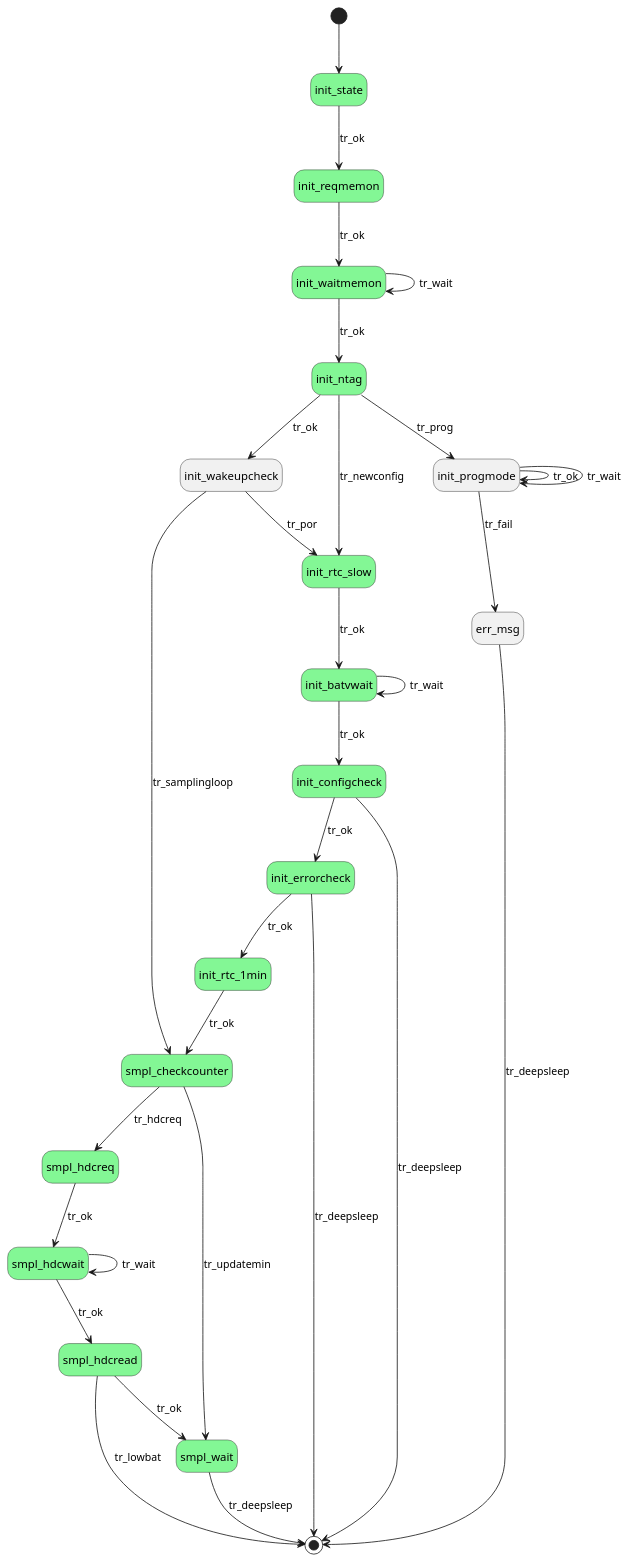
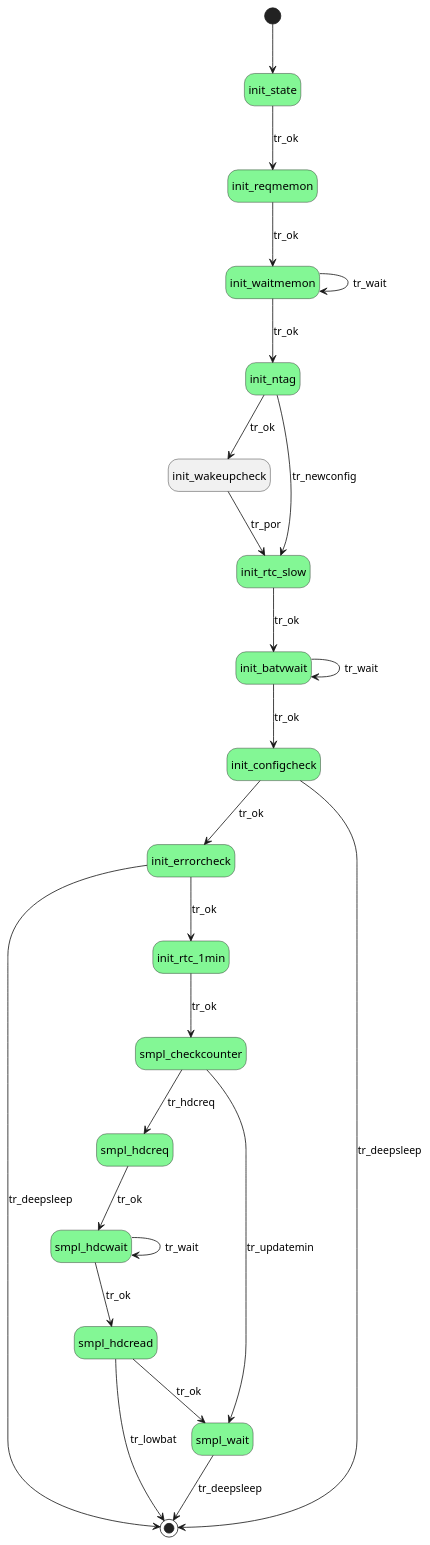
Before and after one commit to cuplsensor/cupltag: the diagram in docs/firmware/statechart/firstrun.rst, drawn with PlantUML. The commit also changed 3 other files, not shown here.

Commit message:
Removed unused states from the state charts

```diff
--- a/docs/firmware/statechart/firstrun.rst
+++ b/docs/firmware/statechart/firstrun.rst
@@ -12,55 +12,47 @@
 .. uml::
    :caption: The state machine in :any:`main`.
    :width: 100%
 
    @startuml
         hide empty description
         [*] --> init_state
 
         init_state #83f795 --> init_reqmemon: tr_ok
 
         init_reqmemon #83f795 --> init_waitmemon: tr_ok
 
         init_waitmemon #83f795 --> init_ntag: tr_ok
         init_waitmemon --> init_waitmemon: tr_wait
 
         init_ntag #83f795 --> init_wakeupcheck: tr_ok
         init_ntag --> init_rtc_slow: tr_newconfig
-        init_ntag --> init_progmode: tr_prog
-
-        init_progmode --> init_progmode: tr_ok
-        init_progmode --> init_progmode: tr_wait
-        init_progmode --> err_msg: tr_fail
 
         init_wakeupcheck --> init_rtc_slow: tr_por
-        init_wakeupcheck --> smpl_checkcounter: tr_samplingloop
 
         init_rtc_slow #83f795 --> init_batvwait: tr_ok
         
         init_batvwait #83f795--> init_configcheck: tr_ok
         init_batvwait --> init_batvwait: tr_wait
 
         init_configcheck #83f795 --> init_errorcheck: tr_ok
         init_configcheck --> [*]: tr_deepsleep
 
         init_errorcheck #83f795 --> init_rtc_1min: tr_ok
         init_errorcheck --> [*]: tr_deepsleep
 
         init_rtc_1min #83f795 --> smpl_checkcounter: tr_ok
 
         smpl_checkcounter #83f795 --> smpl_hdcreq: tr_hdcreq
         smpl_checkcounter --> smpl_wait: tr_updatemin
 
         smpl_hdcreq #83f795 --> smpl_hdcwait: tr_ok
 
         smpl_hdcwait #83f795 --> smpl_hdcread: tr_ok
         smpl_hdcwait --> smpl_hdcwait: tr_wait
 
         smpl_hdcread #83f795 --> smpl_wait: tr_ok
         smpl_hdcread --> [*]: tr_lowbat
 
         smpl_wait #83f795  --> [*]: tr_deepsleep
 
-        err_msg --> [*]: tr_deepsleep
-
         @enduml
```
